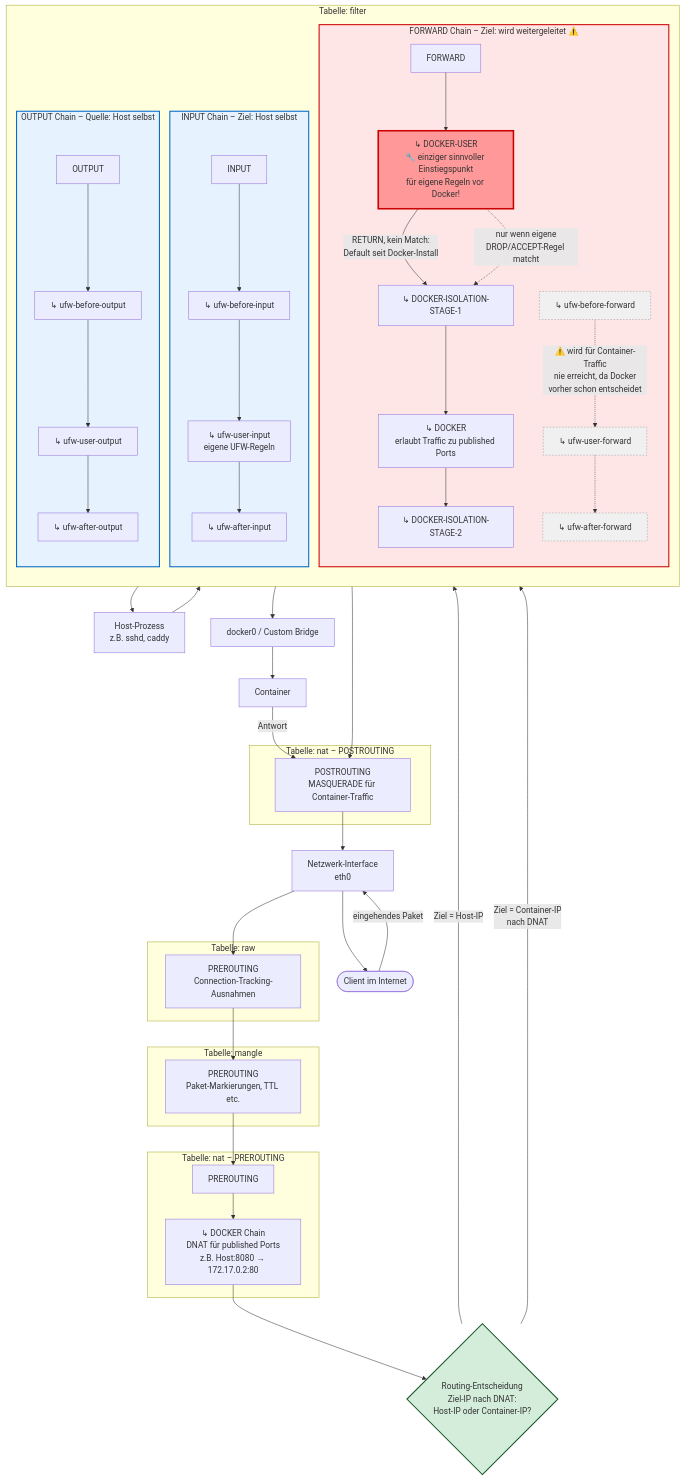
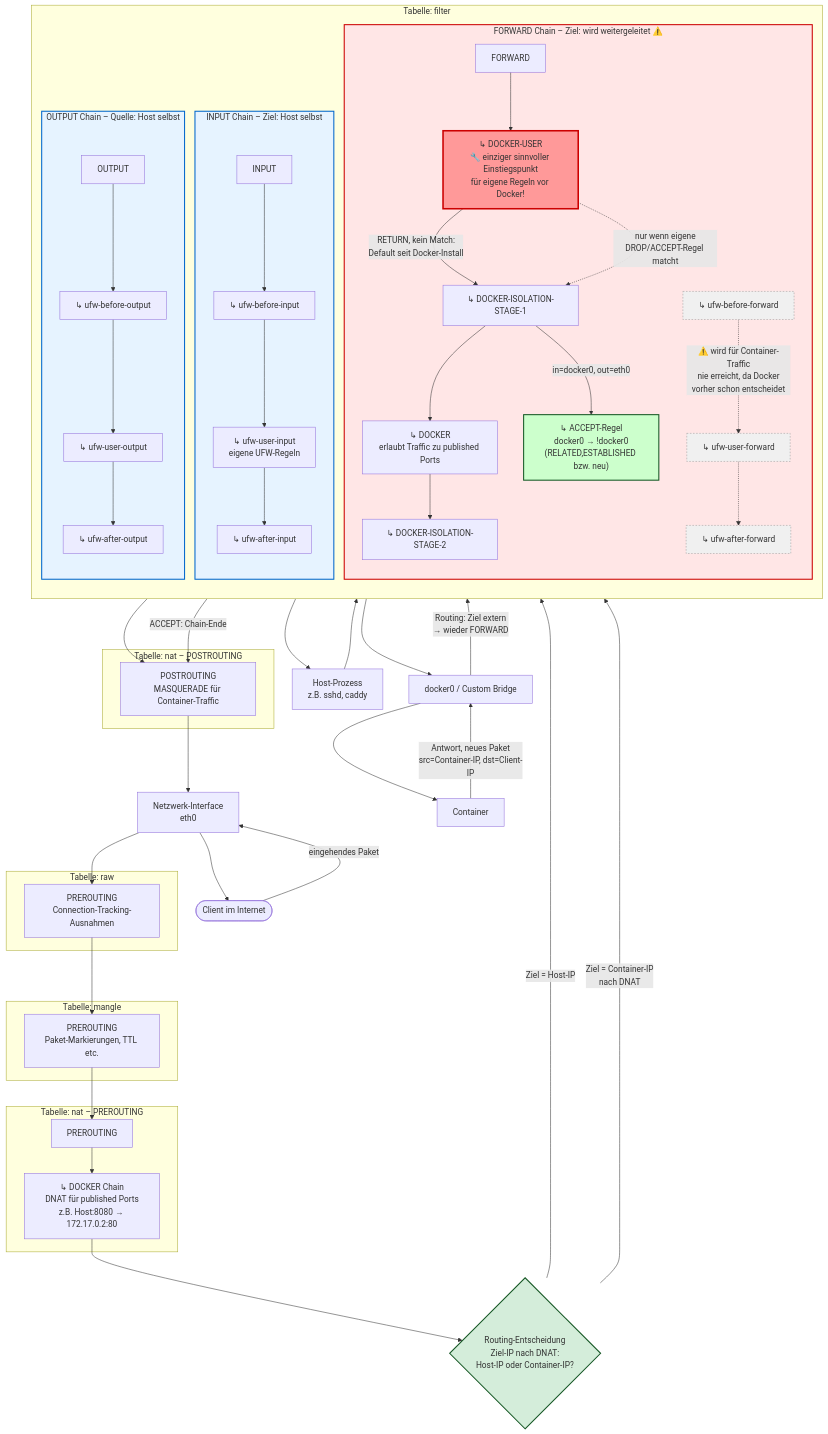
One commit to Lotter69/2026_02_linux changed the diagram in Vorbereitung/iptables.md. Above: the diagram before and after it, drawn with Mermaid. The commit also changed other lines of this file, not shown here.

````diff
--- a/Vorbereitung/iptables.md
+++ b/Vorbereitung/iptables.md
@@ -44,6 +44,7 @@
             DockerIso1["↳ DOCKER-ISOLATION-STAGE-1"]
             DockerFwd["↳ DOCKER<br/>erlaubt Traffic zu published Ports"]
             DockerIso2["↳ DOCKER-ISOLATION-STAGE-2"]
+            DockerEgress["↳ ACCEPT-Regel<br/>docker0 → !docker0<br/>(RELATED,ESTABLISHED bzw. neu)"]
             UfwFwdBefore["↳ ufw-before-forward"]
             UfwFwdUser["↳ ufw-user-forward"]
             UfwFwdAfter["↳ ufw-after-forward"]
@@ -82,7 +83,11 @@
     UfwFwdUser -.-> UfwFwdAfter
 
     HostProc --> Output --> UfwOutBefore --> UfwOutUser --> UfwOutAfter --> NatPost
-    Container -->|Antwort| NatPost
+
+    Container -->|Antwort, neues Paket<br/>src=Container-IP, dst=Client-IP| Docker0
+    Docker0 -->|Routing: Ziel extern<br/>→ wieder FORWARD| Forward
+    DockerIso1 -->|"in=docker0, out=eth0"| DockerEgress
+    DockerEgress -->|ACCEPT: Chain-Ende| NatPost
     NatPost --> NIC --> Client
 
     style FORWARDC fill:#ffe6e6,stroke:#cc0000,stroke-width:2px
@@ -93,4 +98,5 @@
     style UfwFwdBefore fill:#f0f0f0,stroke:#999,stroke-dasharray: 3 3
     style UfwFwdUser fill:#f0f0f0,stroke:#999,stroke-dasharray: 3 3
     style UfwFwdAfter fill:#f0f0f0,stroke:#999,stroke-dasharray: 3 3
+    style DockerEgress fill:#ccffcc,stroke:#155724,stroke-width:2px
 ```
````
